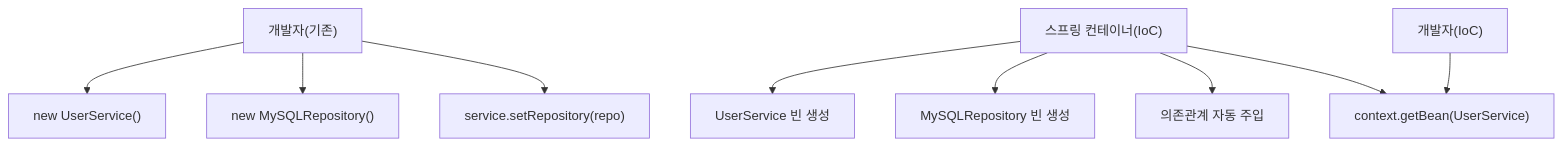
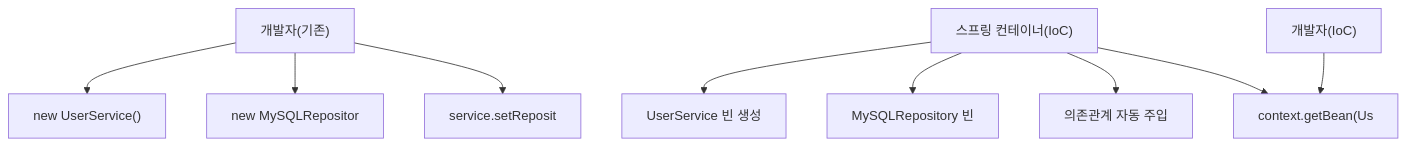
Before and after one commit to yjkim2015/yjkim2015.github.io: the first of 4 diagrams in _posts/spring/2022-06-16-제어의역전.md, drawn with Mermaid. The commit also changed other lines of this file and 271 other files, not shown here.

First line of the commit message:
Mermaid 라벨 축소: 긴 노드 텍스트 18자 이하로 트림 + \n 제거

````diff
--- a/_posts/spring/2022-06-16-제어의역전.md
+++ b/_posts/spring/2022-06-16-제어의역전.md
@@ -55,11 +55,11 @@
 ```mermaid
 graph TD
     DEV["개발자(기존)"] --> A["new UserService()"]
-    DEV --> B["new MySQLRepository()"]
-    DEV --> C["service.setRepository(repo)"]
+    DEV --> B["new MySQLRepositor"]
+    DEV --> C["service.setReposit"]
     CTX["스프링 컨테이너(IoC)"] --> D["UserService 빈 생성"]
-    CTX --> E["MySQLRepository 빈 생성"]
+    CTX --> E["MySQLRepository 빈"]
     CTX --> F["의존관계 자동 주입"]
-    APP["개발자(IoC)"] --> G["context.getBean(UserService)"]
+    APP["개발자(IoC)"] --> G["context.getBean(Us"]
     CTX --> G
 ```
````
